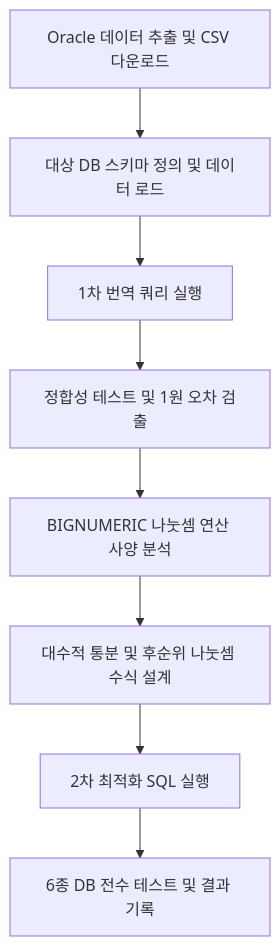
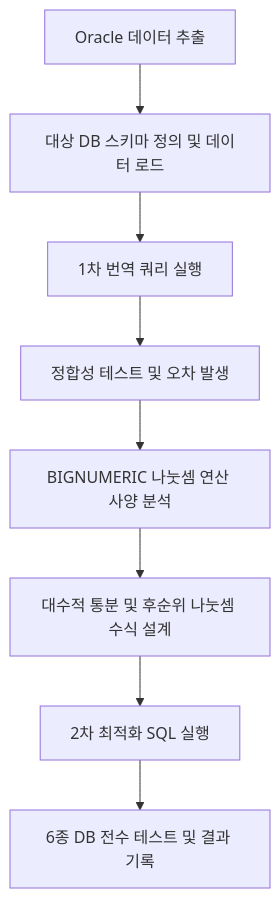
The first of 2 diagrams in _posts/2026-06-02-financial-settlement-db-precision-guide.md (hajekim/hajekim.github.io), drawn with Mermaid before and after one commit. The commit also changed other lines of this file, not shown here.

````diff
--- a/_posts/2026-06-02-financial-settlement-db-precision-guide.md
+++ b/_posts/2026-06-02-financial-settlement-db-precision-guide.md
@@ -40,10 +38,10 @@
 ```mermaid
 graph TD
-    A[Oracle 데이터 추출 및 CSV 다운로드] --> B[대상 DB 스키마 정의 및 데이터 로드]
+    A[Oracle 데이터 추출] --> B[대상 DB 스키마 정의 및 데이터 로드]
     B --> C[1차 번역 쿼리 실행]
-    C --> D[정합성 테스트 및 1원 오차 검출]
+    C --> D[정합성 테스트 및 오차 발생]
     D --> E[BIGNUMERIC 나눗셈 연산 사양 분석]
     E --> F[대수적 통분 및 후순위 나눗셈 수식 설계]
     F --> G[2차 최적화 SQL 실행]
     G --> H[6종 DB 전수 테스트 및 결과 기록]
 ```
````
